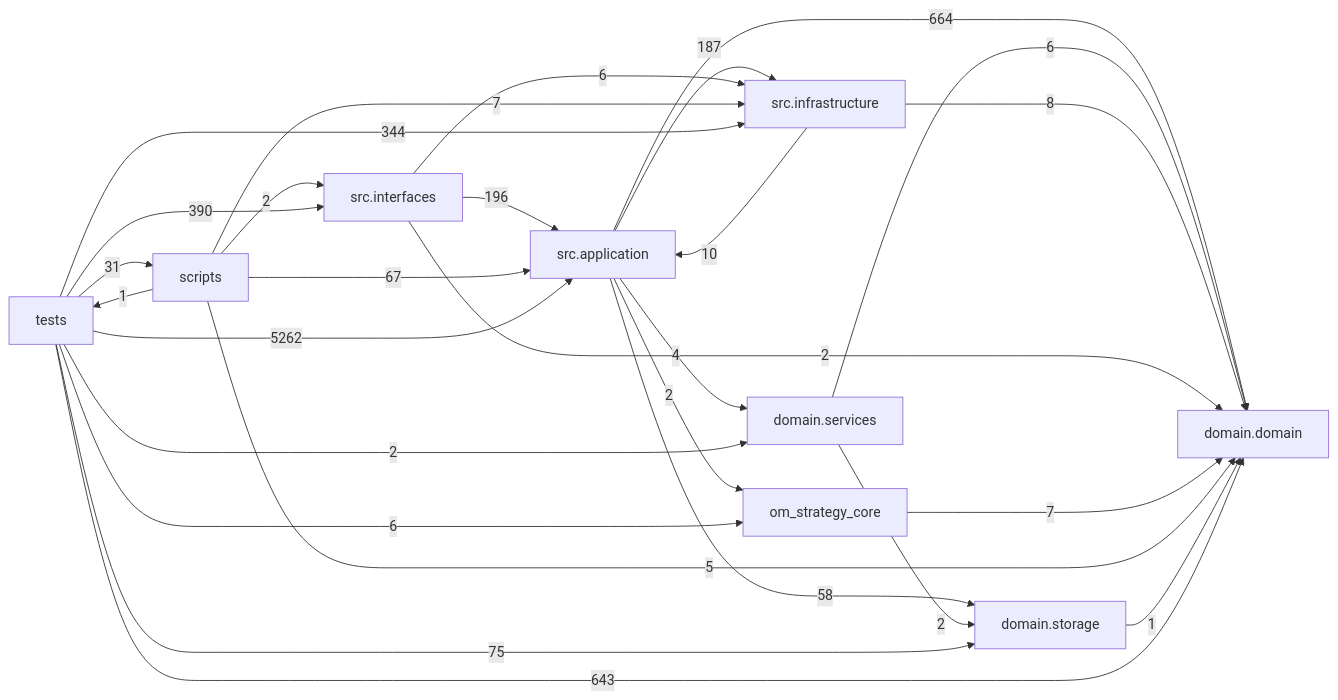
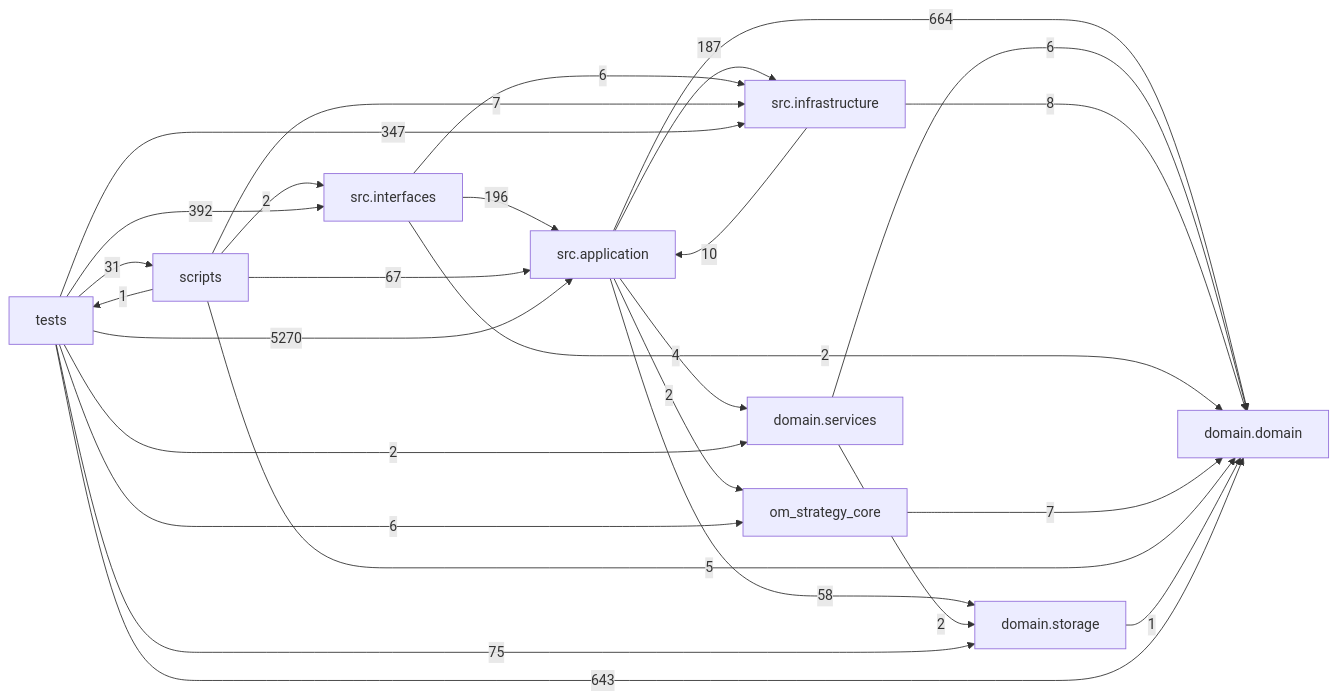
One commit to liuxie066/options-monitor changed the diagram in docs/DEPENDENCY_GRAPH.md. Above: the diagram before and after it, drawn with Mermaid. The commit also changed other lines of this file and 5 other files, not shown here.

````diff
--- a/docs/DEPENDENCY_GRAPH.md
+++ b/docs/DEPENDENCY_GRAPH.md
@@ -24,38 +24,38 @@
 ```mermaid
 flowchart LR
   tests["tests"]
   scripts["scripts"]
   interfaces["src.interfaces"]
   application["src.application"]
   infrastructure["src.infrastructure"]
   domain_services["domain.services"]
   domain["domain.domain"]
   storage["domain.storage"]
   application -->|664| domain
   application -->|4| domain_services
   application -->|187| infrastructure
   application -->|2| om_strategy_core
   application -->|58| storage
   domain_services -->|6| domain
   domain_services -->|2| storage
   infrastructure -->|10| application
   infrastructure -->|8| domain
   interfaces -->|196| application
   interfaces -->|2| domain
   interfaces -->|6| infrastructure
   om_strategy_core -->|7| domain
   scripts -->|67| application
   scripts -->|5| domain
   scripts -->|7| infrastructure
   scripts -->|2| interfaces
   scripts -->|1| tests
   storage -->|1| domain
-  tests -->|5262| application
+  tests -->|5270| application
   tests -->|643| domain
   tests -->|2| domain_services
-  tests -->|344| infrastructure
-  tests -->|390| interfaces
+  tests -->|347| infrastructure
+  tests -->|392| interfaces
   tests -->|6| om_strategy_core
   tests -->|31| scripts
   tests -->|75| storage
 ```
````
